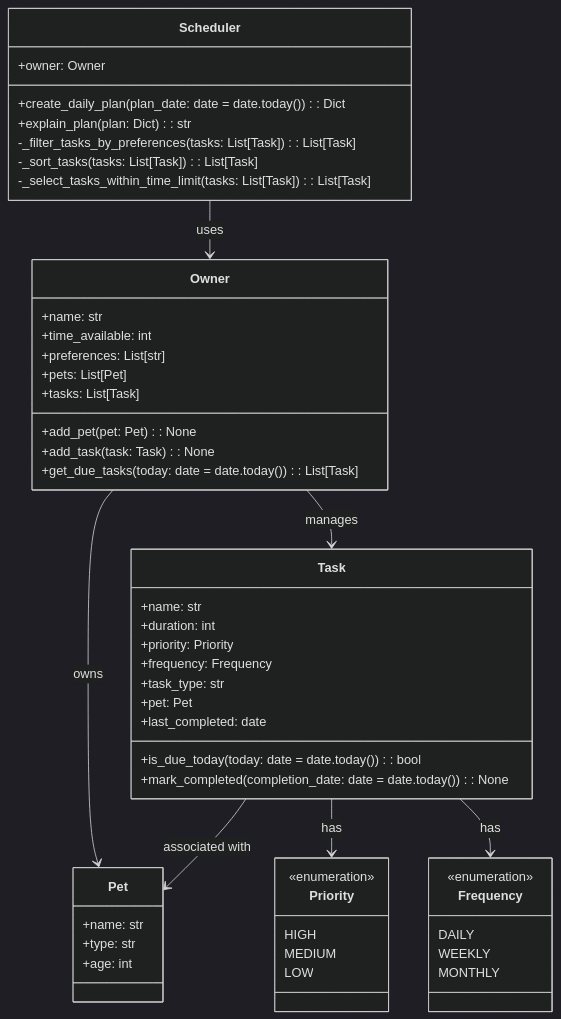
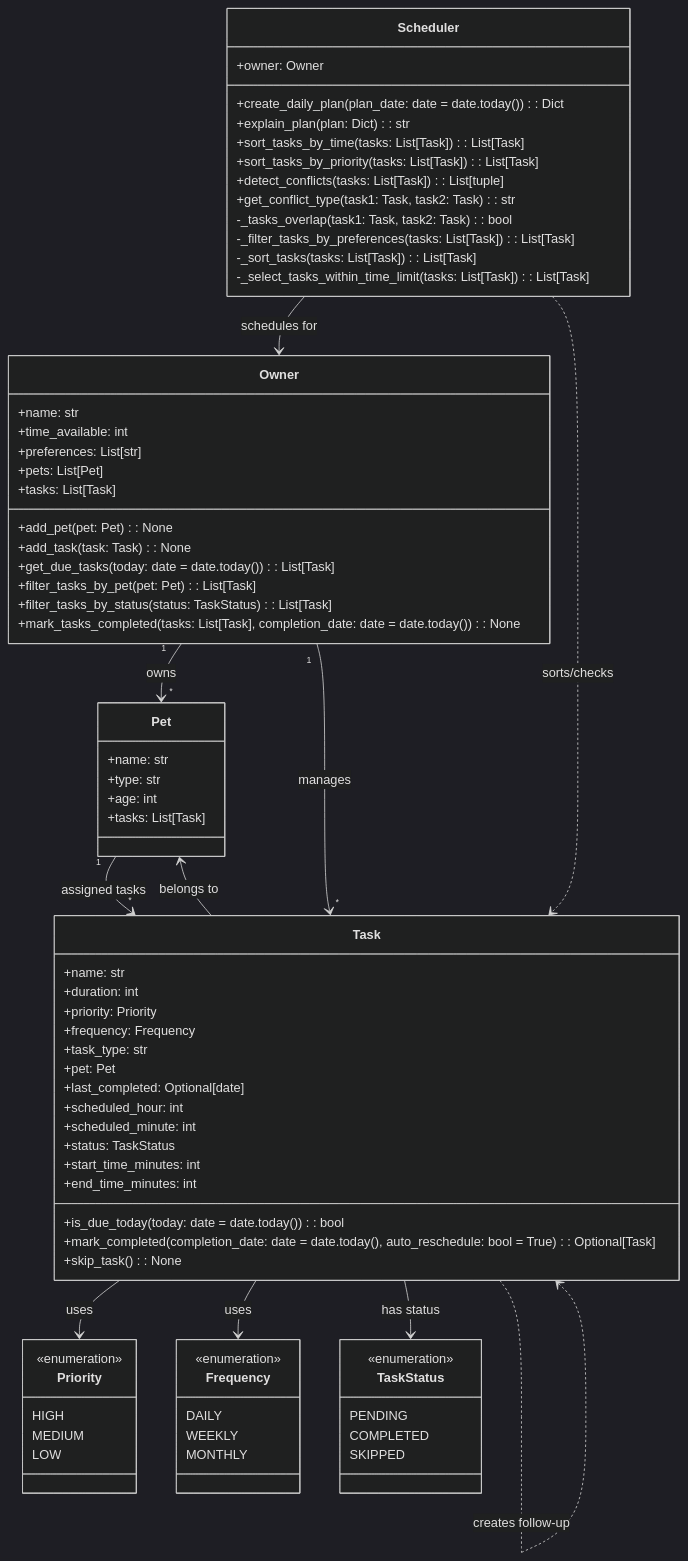
Before and after one commit to alimirren/ai110-module2show-pawpal-starter: the diagram in pawpal_uml.md, drawn with Mermaid (dark theme). The commit also changed 7 other files, not shown here.

````diff
--- a/pawpal_uml.md
+++ b/pawpal_uml.md
@@ -6,6 +6,7 @@
         +name: str
         +type: str
         +age: int
+        +tasks: List[Task]
     }
 
     class Task {
@@ -15,9 +16,15 @@
         +frequency: Frequency
         +task_type: str
         +pet: Pet
-        +last_completed: date
+        +last_completed: Optional[date]
+        +scheduled_hour: int
+        +scheduled_minute: int
+        +status: TaskStatus
+        +start_time_minutes: int
+        +end_time_minutes: int
         +is_due_today(today: date = date.today()): bool
-        +mark_completed(completion_date: date = date.today()): None
+        +mark_completed(completion_date: date = date.today(), auto_reschedule: bool = True): Optional[Task]
+        +skip_task(): None
     }
 
     class Owner {
@@ -29,12 +36,20 @@
         +add_pet(pet: Pet): None
         +add_task(task: Task): None
         +get_due_tasks(today: date = date.today()): List[Task]
+        +filter_tasks_by_pet(pet: Pet): List[Task]
+        +filter_tasks_by_status(status: TaskStatus): List[Task]
+        +mark_tasks_completed(tasks: List[Task], completion_date: date = date.today()): None
     }
 
     class Scheduler {
         +owner: Owner
         +create_daily_plan(plan_date: date = date.today()): Dict
         +explain_plan(plan: Dict): str
+        +sort_tasks_by_time(tasks: List[Task]): List[Task]
+        +sort_tasks_by_priority(tasks: List[Task]): List[Task]
+        +detect_conflicts(tasks: List[Task]): List[tuple]
+        +get_conflict_type(task1: Task, task2: Task): str
+        -_tasks_overlap(task1: Task, task2: Task): bool
         -_filter_tasks_by_preferences(tasks: List[Task]): List[Task]
         -_sort_tasks(tasks: List[Task]): List[Task]
         -_select_tasks_within_time_limit(tasks: List[Task]): List[Task]
@@ -54,10 +69,21 @@
         MONTHLY
     }
 
-    Task --> Pet : associated with
-    Owner --> Pet : owns
-    Owner --> Task : manages
-    Scheduler --> Owner : uses
-    Task --> Priority : has
-    Task --> Frequency : has
+    class TaskStatus {
+        <<enumeration>>
+        PENDING
+        COMPLETED
+        SKIPPED
+    }
+
+    Owner "1" --> "*" Pet : owns
+    Owner "1" --> "*" Task : manages
+    Pet "1" --> "*" Task : assigned tasks
+    Task --> Pet : belongs to
+    Scheduler --> Owner : schedules for
+    Scheduler ..> Task : sorts/checks
+    Task --> Priority : uses
+    Task --> Frequency : uses
+    Task --> TaskStatus : has status
+    Task ..> Task : creates follow-up
 ```
````
